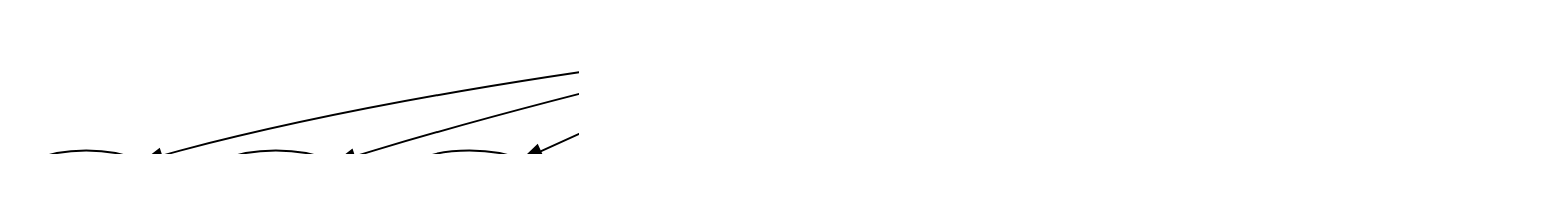
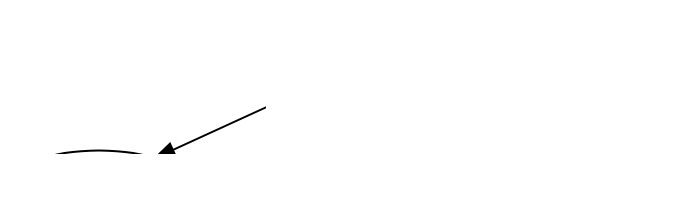
Before and after one commit to Serapieum-of-alex/pyramids: the diagram in docs/index.rst, drawn with Graphviz. The commit also changed other lines of this file and 8 other files, not shown here.

```diff
--- a/docs/index.rst
+++ b/docs/index.rst
@@ -84,11 +83,6 @@
 .. digraph:: Linking
 
-    pyramids -> raster;
-    pyramids -> vector;
-    pyramids -> netcdf;
-    pyramids -> convert;
-    pyramids -> array;
-    pyramids -> catchment;
-    pyramids -> indexing;
-    pyramids -> utils;
+    pyramids -> dataset;
+    pyramids -> featurecollection;
+    pyramids -> dem;
     dpi=200;
```
